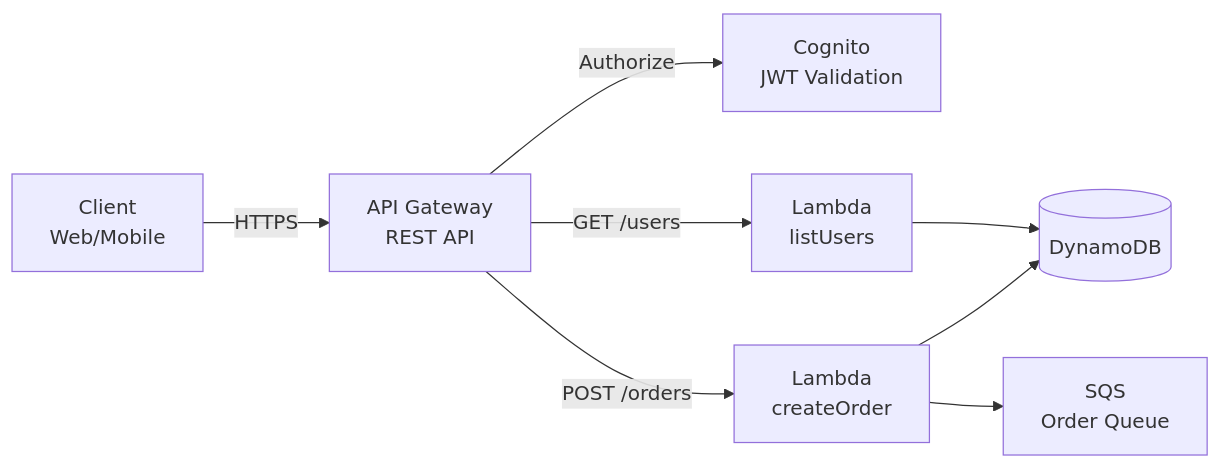
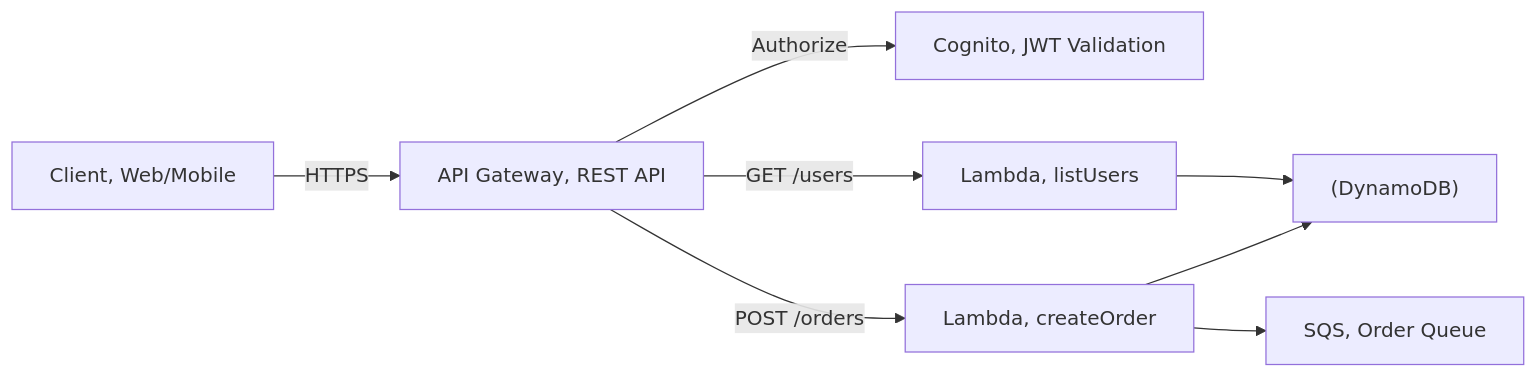
One commit to DeeptiShuklaProject/Uday_AWS changed the first of 2 diagrams in Chapter_09_Amazon_API_Gateway.md. Above: the diagram before and after it, drawn with Mermaid. The commit also changed other lines of this file and 34 other files, not shown here.

Commit message:
Fix mermaid diagrams syntax across all chapters (quote labels and remove HTML)

````diff
--- a/Chapter_09_Amazon_API_Gateway.md
+++ b/Chapter_09_Amazon_API_Gateway.md
@@ -205,10 +205,10 @@
 ```mermaid
 flowchart LR
-    Client[Client<br>Web/Mobile] -->|HTTPS| APIGW[API Gateway<br>REST API]
-    APIGW -->|Authorize| Cognito[Cognito<br>JWT Validation]
-    APIGW -->|GET /users| Lambda1[Lambda<br>listUsers]
-    APIGW -->|POST /orders| Lambda2[Lambda<br>createOrder]
-    Lambda1 --> DDB[(DynamoDB)]
+    Client["Client, Web/Mobile"] -->|HTTPS| APIGW["API Gateway, REST API"]
+    APIGW -->|Authorize| Cognito["Cognito, JWT Validation"]
+    APIGW -->|GET /users| Lambda1["Lambda, listUsers"]
+    APIGW -->|POST /orders| Lambda2["Lambda, createOrder"]
+    Lambda1 --> DDB["(DynamoDB)"]
     Lambda2 --> DDB
-    Lambda2 --> SQS[SQS<br>Order Queue]
+    Lambda2 --> SQS["SQS, Order Queue"]
 ```
````
